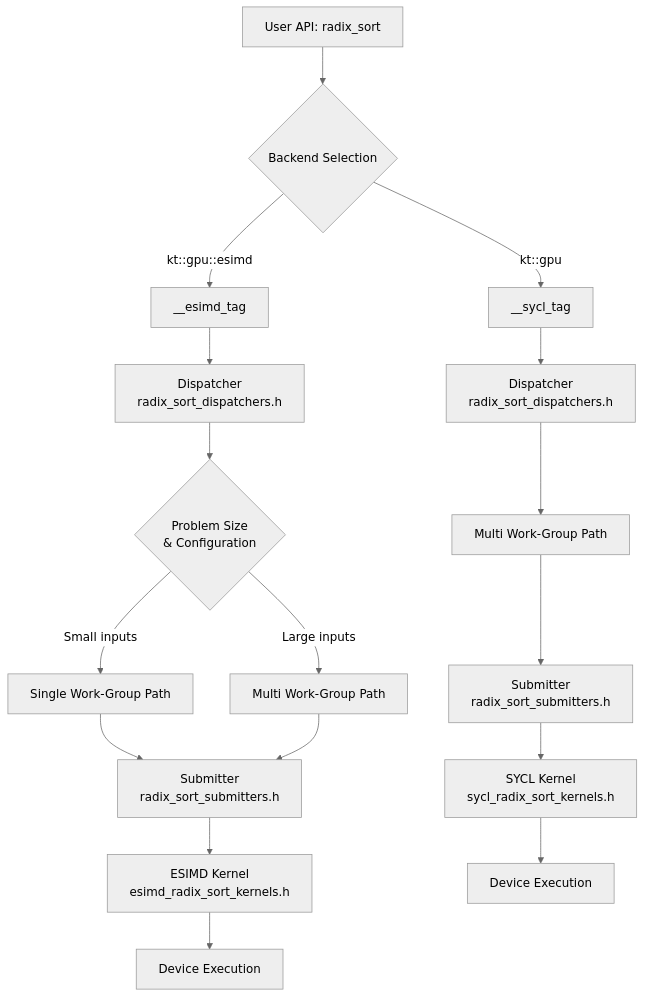
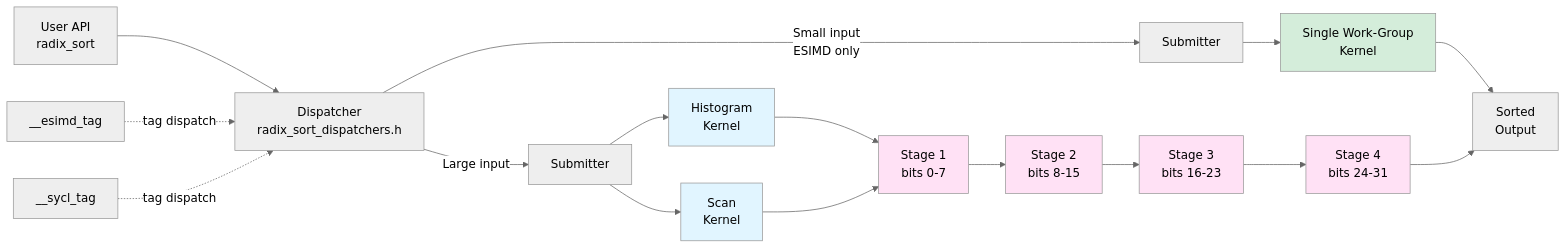
One commit to uxlfoundation/oneDPL changed the diagram in rfcs/experimental/radix_sort_esimd_sycl.md. Above: the diagram before and after it, drawn with Mermaid (neutral theme). The commit also changed other lines of this file, not shown here.

Commit message:
add alternative mermaid diagram

````diff
--- a/rfcs/experimental/radix_sort_esimd_sycl.md
+++ b/rfcs/experimental/radix_sort_esimd_sycl.md
@@ -214,26 +216,33 @@
 ```mermaid
-graph TD
-    A[User API: radix_sort] --> B{Backend Selection}
+graph LR
+    A[User API<br/>radix_sort] --> B[Dispatcher<br/>radix_sort_dispatchers.h]
 
-    B -->|kt::gpu::esimd| C[__esimd_tag]
-    B -->|kt::gpu| D[__sycl_tag]
+    B -->|Small input<br/>ESIMD only| C[Submitter]
+    B -->|Large input| D[Submitter]
 
-    C --> E1[Dispatcher<br/>radix_sort_dispatchers.h]
-    D --> E2[Dispatcher<br/>radix_sort_dispatchers.h]
+    C --> E[Single Work-Group<br/>Kernel]
+    E --> J[Sorted<br/>Output]
 
-    E1 --> F{Problem Size<br/>& Configuration}
-    F -->|Small inputs| G[Single Work-Group Path]
-    F -->|Large inputs| H[Multi Work-Group Path]
+    D --> F[Histogram<br/>Kernel]
+    D --> G[Scan<br/>Kernel]
 
-    E2 --> I2[Multi Work-Group Path]
+    F --> H[Stage 1<br/>bits 0-7]
+    G --> H
 
-    G --> J1[Submitter<br/>radix_sort_submitters.h]
-    H --> J1
-    I2 --> J2[Submitter<br/>radix_sort_submitters.h]
+    H --> I1[Stage 2<br/>bits 8-15]
+    I1 --> I2[Stage 3<br/>bits 16-23]
+    I2 --> I3[Stage 4<br/>bits 24-31]
 
-    J1 --> K[ESIMD Kernel<br/>esimd_radix_sort_kernels.h]
-    J2 --> L[SYCL Kernel<br/>sycl_radix_sort_kernels.h]
+    I3 --> J
 
-    K --> M1[Device Execution]
-    L --> M2[Device Execution]
+    K[__esimd_tag] -.->|tag dispatch| B
+    L[__sycl_tag] -.->|tag dispatch| B
+
+    style E fill:#d4edda
+    style F fill:#e1f5ff
+    style G fill:#e1f5ff
+    style H fill:#ffe1f5
+    style I1 fill:#ffe1f5
+    style I2 fill:#ffe1f5
+    style I3 fill:#ffe1f5
 ```
````
